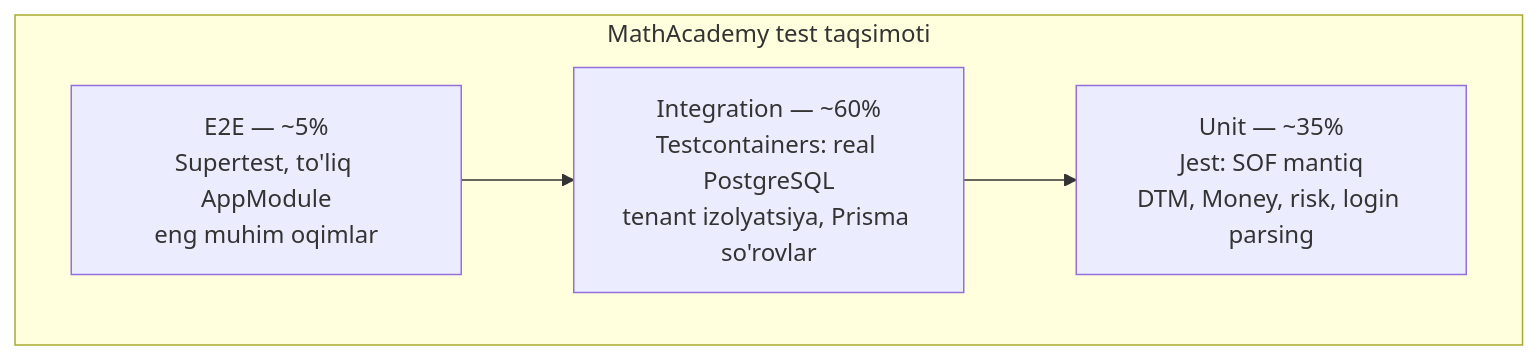
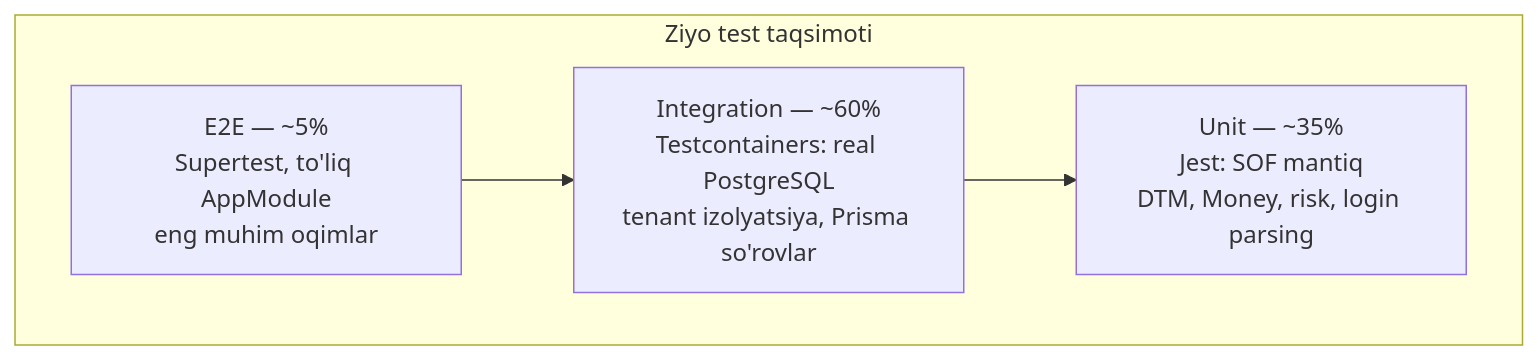
The diagram in docs/13-testing-strategy.md (Sarvarbek0704/mathacademy), drawn with Mermaid before and after one commit. The commit also changed other lines of this file and 35 other files, not shown here.

````diff
--- a/docs/13-testing-strategy.md
+++ b/docs/13-testing-strategy.md
@@ -298,10 +298,10 @@
 ```mermaid
 graph TB
-    subgraph "MathAcademy test taqsimoti"
+    subgraph "Ziyo test taqsimoti"
         E["E2E — ~5%<br/>Supertest, to'liq AppModule<br/>eng muhim oqimlar"]
         I["Integration — ~60%<br/>Testcontainers: real PostgreSQL<br/>tenant izolyatsiya, Prisma so'rovlar"]
         U["Unit — ~35%<br/>Jest: SOF mantiq<br/>DTM, Money, risk, login parsing"]
     end
     E --> I
     I --> U
 ```
````
